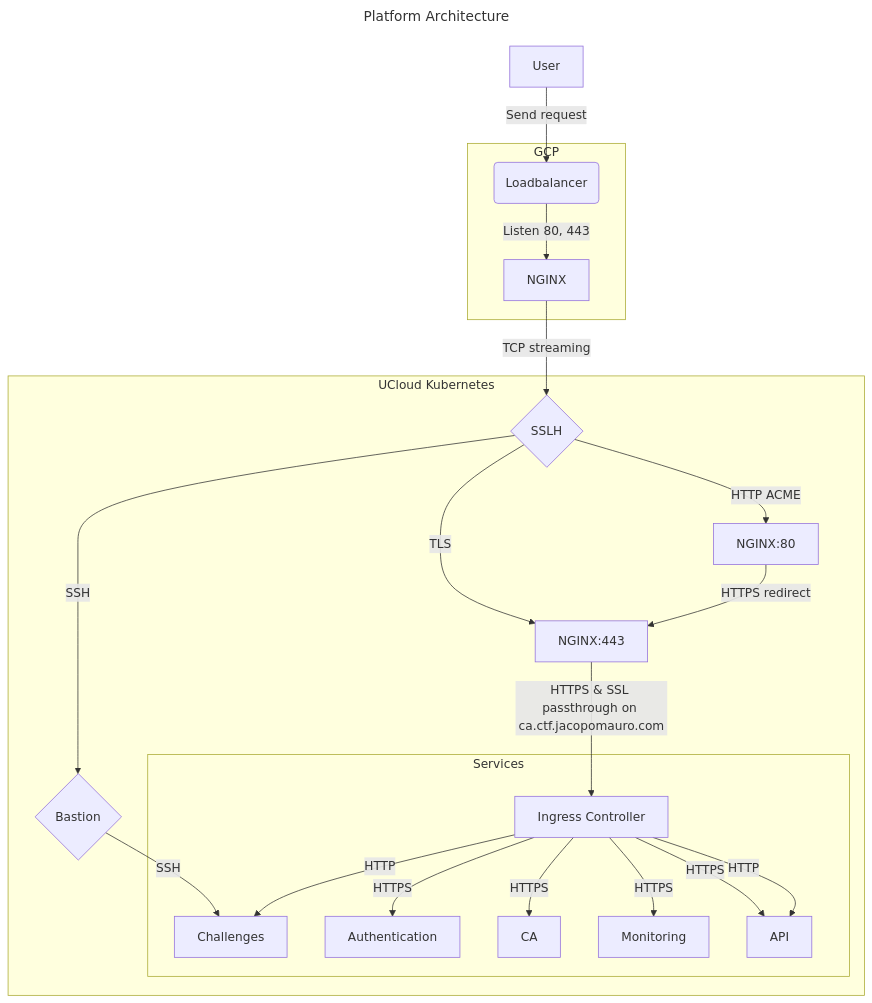
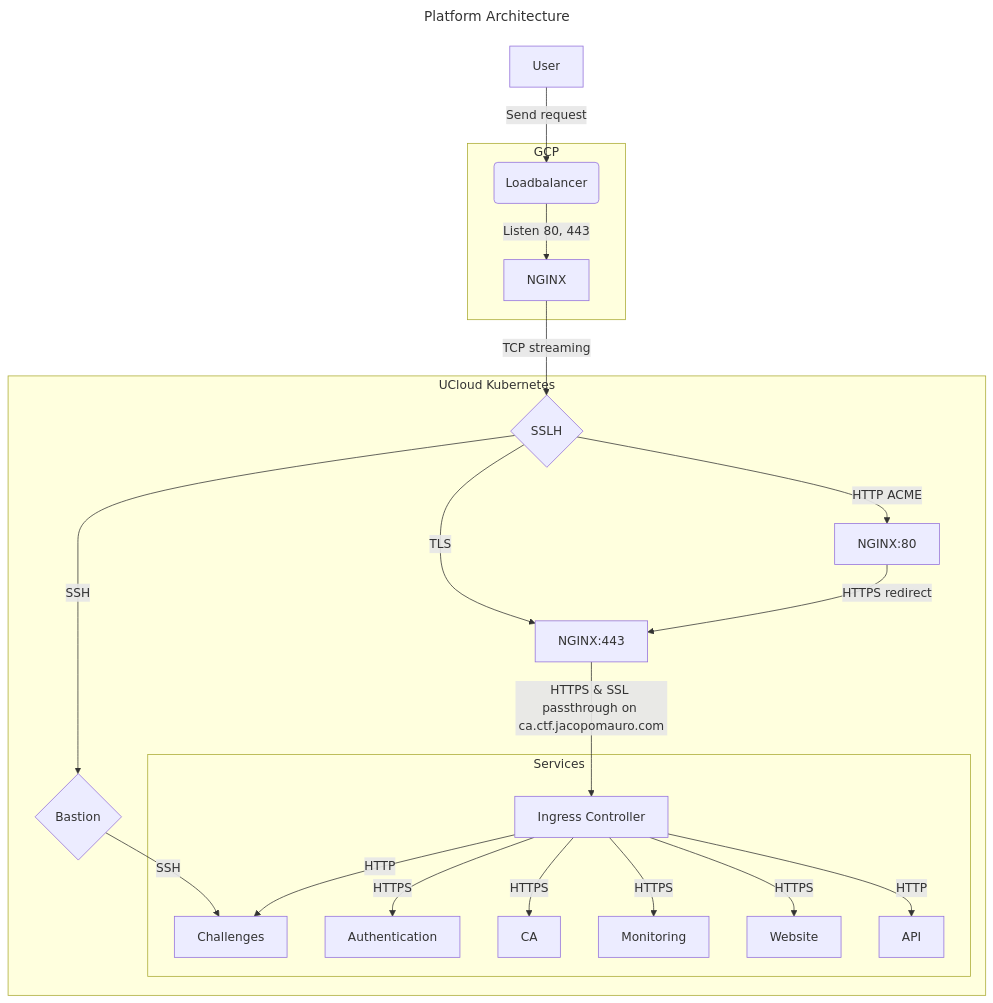
The diagram in README.md (mattrent/CTF-Platform), drawn with Mermaid before and after one commit.

Commit message:
update mermaid

````diff
--- a/README.md
+++ b/README.md
@@ -62,27 +62,27 @@
 ```mermaid
 ---
 title: Platform Architecture
 ---
 graph TD
     A[User] -->|Send request| B(Loadbalancer)
 subgraph GCP
     B -->|Listen 80, 443| C[NGINX]
 end
 subgraph UCloud Kubernetes
     C -->|TCP streaming| J{SSLH}
     J -->|SSH| K{Bastion}
     J -->|TLS| L[NGINX:443]
     J -->|HTTP ACME| M[NGINX:80]
     K -->|SSH| E[Challenges]
     L -->|HTTPS & SSL passthrough on ca.ctf.jacopomauro.com| G[Ingress Controller]
     M -->| HTTPS redirect | L
 subgraph Services
     G -->|HTTPS| H[Authentication]
     G -->|HTTPS| I[CA]
     G -->|HTTP| E
     G -->|HTTPS| F[Monitoring]
     G -->|HTTPS| O[Website]
-    G -->|HTTP| O[API]
+    G -->|HTTP| P[API]
 end
 end
 ```
````
